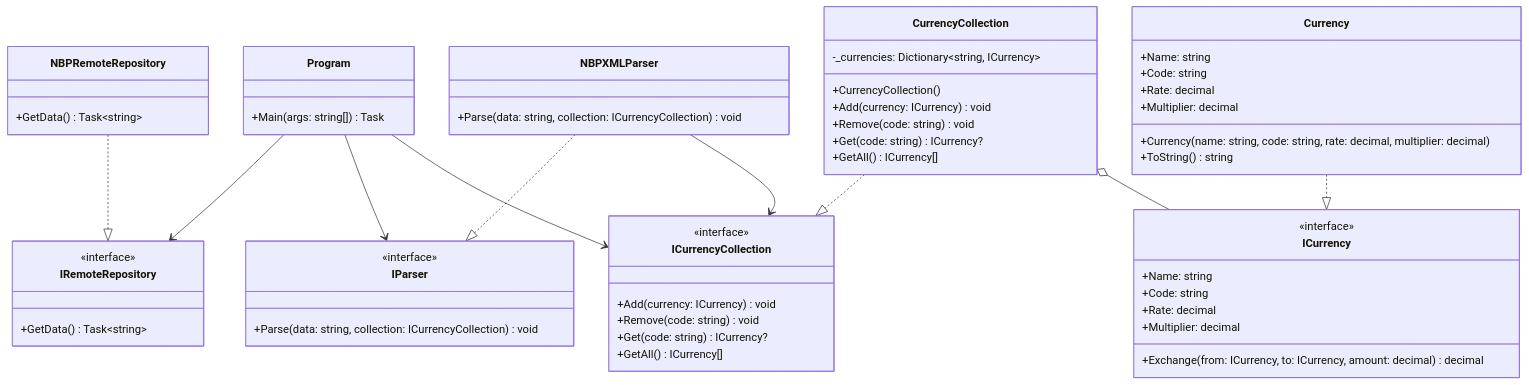
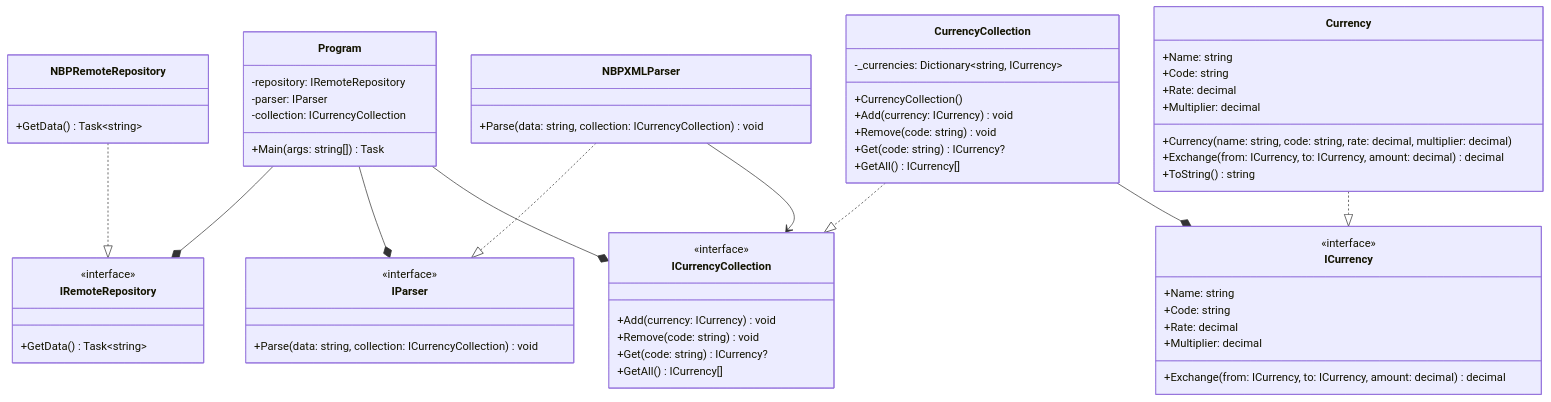
The diagram in README.md (LostInTheLogs/PK-TO), drawn with Mermaid before and after one commit.

Commit message:
Update class diagram relationships in README.md

````diff
--- a/README.md
+++ b/README.md
@@ -1,74 +1,76 @@
 ```mermaid
 classDiagram
     class Program {
+        -repository: IRemoteRepository
+        -parser: IParser
+        -collection: ICurrencyCollection
         +Main(args: string[]) Task
     }
 
     class IRemoteRepository {
         <<interface>>
         +GetData() Task~string~
     }
 
     class NBPRemoteRepository {
         +GetData() Task~string~
     }
 
     class IParser {
         <<interface>>
         +Parse(data: string, collection: ICurrencyCollection) void
     }
 
     class NBPXMLParser {
         +Parse(data: string, collection: ICurrencyCollection) void
     }
 
     class ICurrency {
         <<interface>>
         +Name: string
         +Code: string
         +Rate: decimal
         +Multiplier: decimal
         +Exchange(from: ICurrency, to: ICurrency, amount: decimal) decimal
     }
 
     class Currency {
         +Name: string
         +Code: string
         +Rate: decimal
         +Multiplier: decimal
         +Currency(name: string, code: string, rate: decimal, multiplier: decimal)
+        +Exchange(from: ICurrency, to: ICurrency, amount: decimal) decimal
         +ToString() string
     }
 
     class ICurrencyCollection {
         <<interface>>
         +Add(currency: ICurrency) void
         +Remove(code: string) void
         +Get(code: string) ICurrency?
         +GetAll() ICurrency[]
     }
 
     class CurrencyCollection {
         -_currencies: Dictionary~string, ICurrency~
         +CurrencyCollection()
         +Add(currency: ICurrency) void
         +Remove(code: string) void
         +Get(code: string) ICurrency?
         +GetAll() ICurrency[]
     }
 
-    Program --> IRemoteRepository
-
-
-    Program --> IParser
-    Program --> ICurrencyCollection
+    Program --* IRemoteRepository
+    Program --* IParser
+    Program --* ICurrencyCollection
 
     NBPRemoteRepository ..|> IRemoteRepository
     NBPXMLParser ..|> IParser
     Currency ..|> ICurrency
     CurrencyCollection ..|> ICurrencyCollection
 
-    CurrencyCollection o-- ICurrency
+    CurrencyCollection --* ICurrency
     NBPXMLParser --> ICurrencyCollection
 
 ```
````
